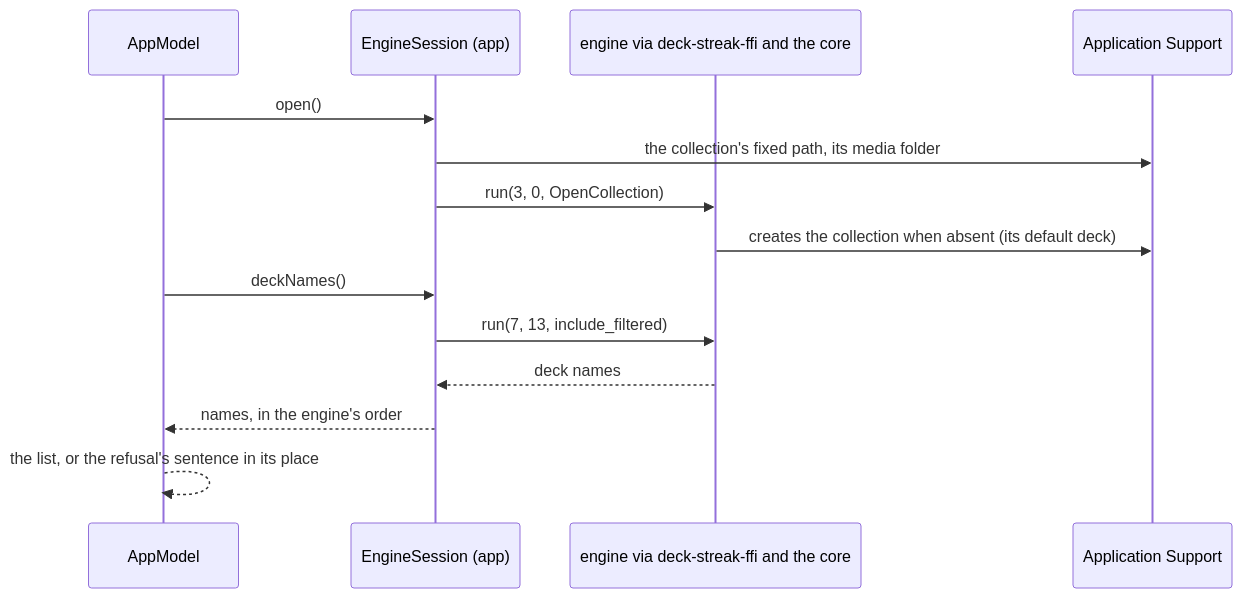
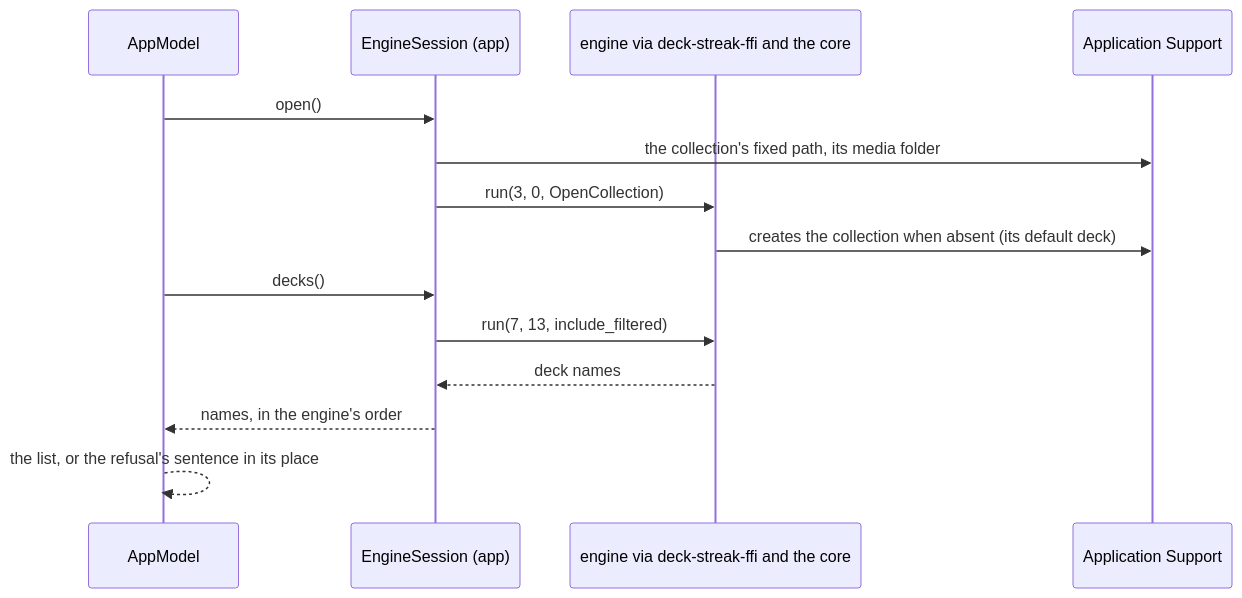
One commit to RexRenatus/deck-streak changed the seventh of 8 diagrams in docs/schematics/app-shell-login-and-deck-list.md. Above: the diagram before and after it, drawn with Mermaid. The commit also changed 1 other file, not shown here.

Commit message:
docs(ios): green lines for A12 to A23 and the fixture's ids

````diff
--- a/docs/schematics/app-shell-login-and-deck-list.md
+++ b/docs/schematics/app-shell-login-and-deck-list.md
@@ -185,16 +185,16 @@
 ```mermaid
 sequenceDiagram
   participant M as AppModel
   participant S as EngineSession (app)
   participant E as engine via deck-streak-ffi and the core
   participant D as Application Support
   M->>S: open()
   S->>D: the collection's fixed path, its media folder
   S->>E: run(3, 0, OpenCollection)
   E->>D: creates the collection when absent (its default deck)
-  M->>S: deckNames()
+  M->>S: decks()
   S->>E: run(7, 13, include_filtered)
   E-->>S: deck names
   S-->>M: names, in the engine's order
   M-->>M: the list, or the refusal's sentence in its place
 ```
````
